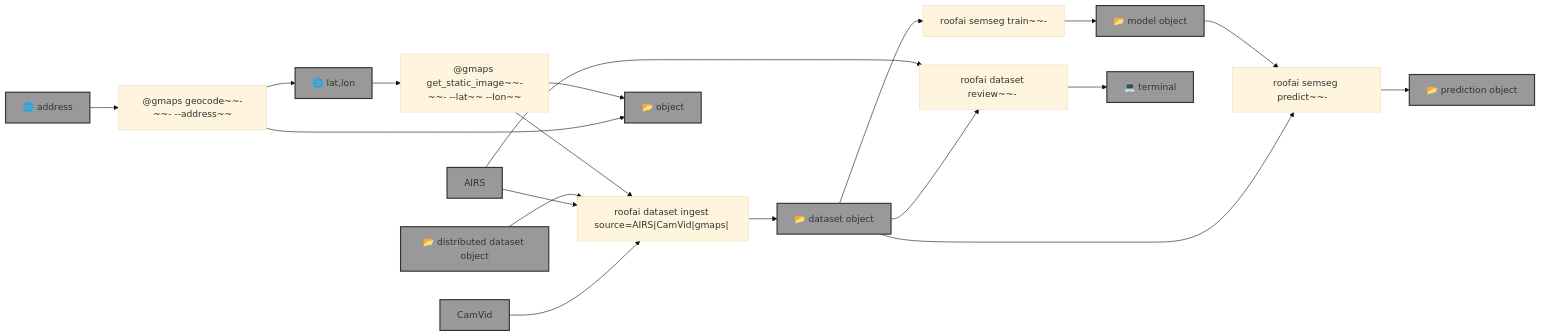
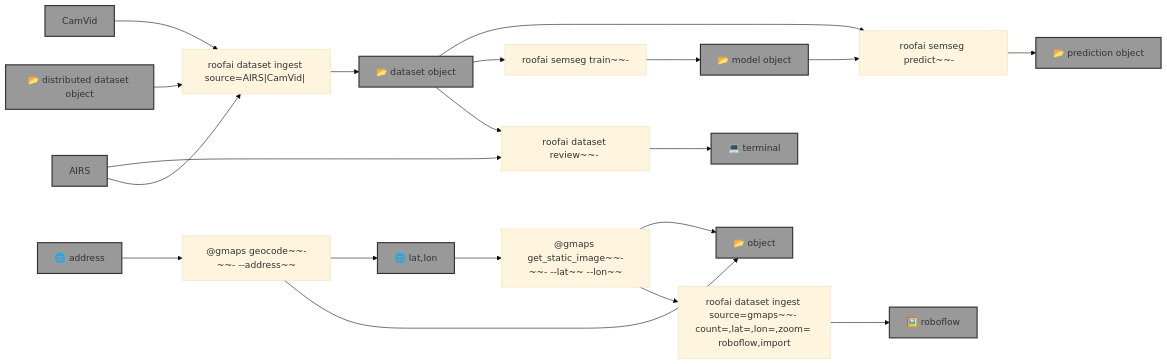
Before and after one commit to kamangir/roofai: the diagram in template.md, drawn with Mermaid (base theme). The commit also changed 2 other files, not shown here.

Commit message:
doc++ - kamangir/bolt#746 - no-workflow 🪄

````diff
--- a/template.md
+++ b/template.md
@@ -9,51 +9,56 @@
 ```mermaid
 graph LR
-    dataset_ingest["roofai dataset ingest source=AIRS|CamVid|gmaps|<distributed-dataset> <dataset-object-name>"]
+    dataset_ingest["roofai dataset ingest source=AIRS|CamVid|<distributed-dataset> <dataset-object-name>"]
+
+    dataset_ingest_gmaps["roofai dataset ingest source=gmaps~~- count=<count>,lat=<lat>,lon=<lon>,zoom=<zoom> roboflow,import"]
 
     dataset_review["roofai dataset review~~- <dataset-object-name>"]
 
     gmaps_get_static_image["@gmaps get_static_image~~-~~- --lat~~<lat> --lon~~<lon>"]
 
     gmaps_geocode["@gmaps geocode~~-~~- --address~~<address>"]
 
     semseg_train["roofai semseg train~~- <dataset-object-name> <model-object-name>"]
 
     semseg_predict["roofai semseg predict~~- <model-object-name> <dataset-object-name> <prediction-object-name>"]
 
     address["🌐 address"]:::folder
     lat_lon["🌐 lat,lon"]:::folder
     AIRS["AIRS"]:::folder
     CamVid["CamVid"]:::folder
     dataset_object_name["📂 dataset object"]:::folder
     distributed_dataset_object_name["📂 distributed dataset object"]:::folder
     model_object_name["📂 model object"]:::folder
     prediction_object_name["📂 prediction object"]:::folder
     object_name["📂 object"]:::folder
     terminal["💻 terminal"]:::folder
+    roboflow["🖼️ roboflow"]:::folder
 
-    gmaps_get_static_image --> dataset_ingest
     distributed_dataset_object_name --> dataset_ingest
     AIRS --> dataset_ingest
     CamVid --> dataset_ingest
     dataset_ingest --> dataset_object_name
+
+    gmaps_get_static_image --> dataset_ingest_gmaps
+    dataset_ingest_gmaps --> roboflow
 
     AIRS --> dataset_review
     dataset_object_name --> dataset_review
     dataset_review --> terminal
 
     dataset_object_name --> semseg_train
     semseg_train --> model_object_name
 
     model_object_name --> semseg_predict
     dataset_object_name --> semseg_predict
     semseg_predict --> prediction_object_name
 
     lat_lon --> gmaps_get_static_image
     gmaps_get_static_image --> object_name
 
     address --> gmaps_geocode
     gmaps_geocode --> object_name
     gmaps_geocode --> lat_lon
 
     classDef folder fill:#999,stroke:#333,stroke-width:2px;
 ```
````
